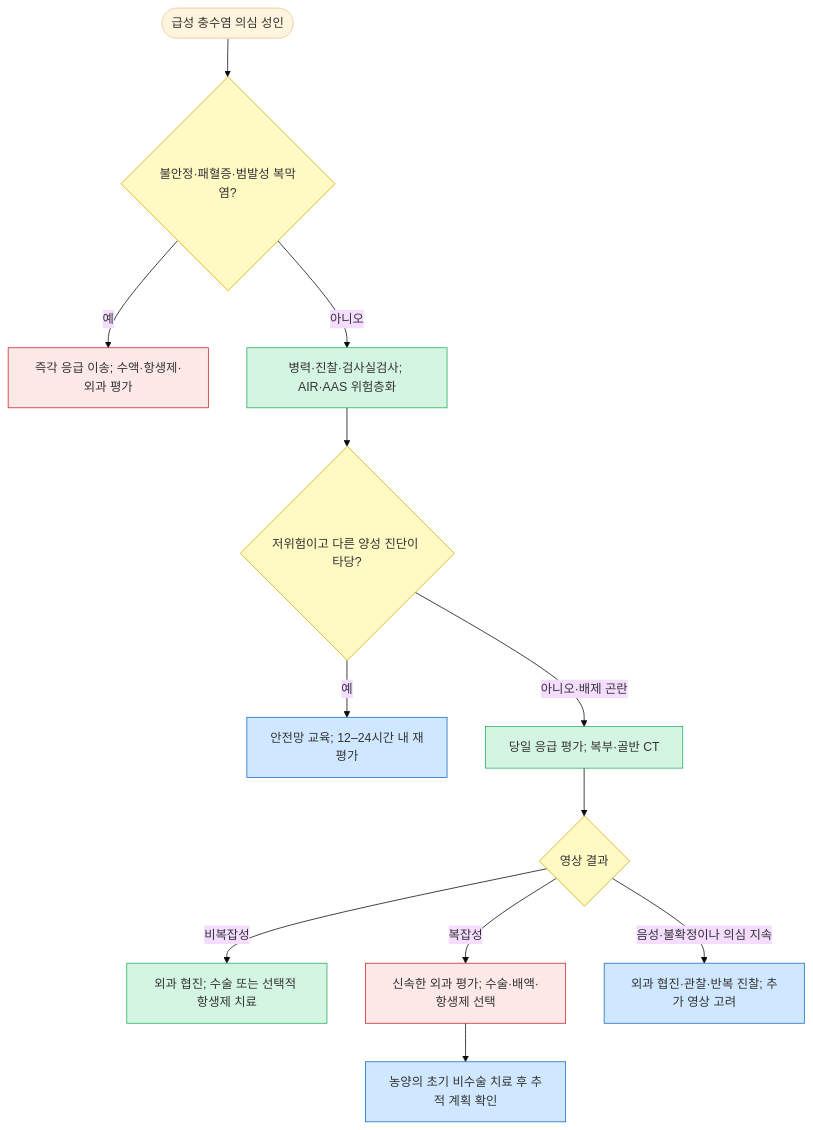
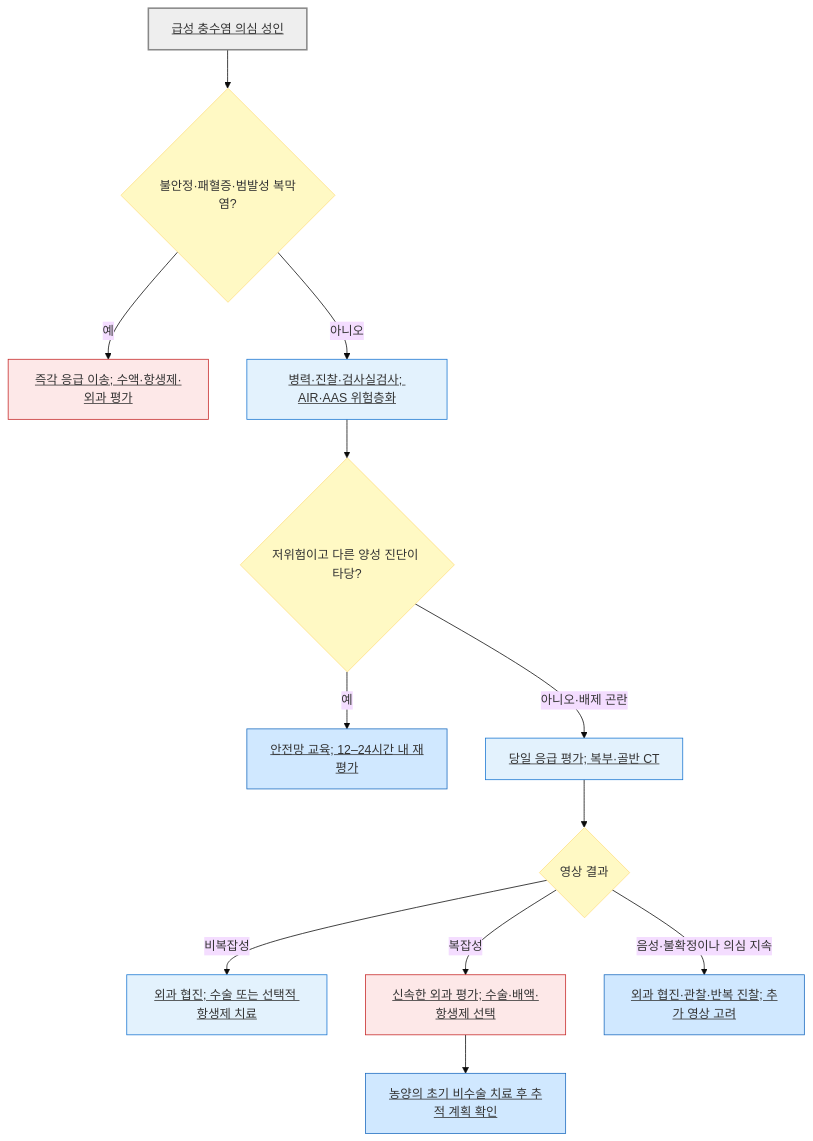
The diagram in 224_/088_-acute-appendicitis.md (familyoh77/familyoh77), drawn with Mermaid (base theme) before and after one commit. The commit also changed other lines of this file and 8 other files, not shown here.

````diff
--- a/224_/088_-acute-appendicitis.md
+++ b/224_/088_-acute-appendicitis.md
@@ -137,22 +137,23 @@
 ```mermaid
-graph TD
-    A(["급성 충수염 의심 성인"]) --> B{"불안정·패혈증·범발성 복막염?"}
-    B -- "예" --> C["즉각 응급 이송; 수액·항생제·외과 평가"]
-    B -- "아니오" --> D["병력·진찰·검사실검사; AIR·AAS 위험층화"]
+flowchart TD
+    A["<u>급성 충수염 의심 성인</u>"] --> B{"불안정·패혈증·범발성 복막염?"}
+    B -- "예" --> C["<u>즉각 응급 이송; 수액·항생제·외과 평가</u>"]
+    B -- "아니오" --> D["<u>병력·진찰·검사실검사; AIR·AAS 위험층화</u>"]
     D --> E{"저위험이고 다른 양성 진단이 타당?"}
-    E -- "예" --> F["안전망 교육; 12–24시간 내 재평가"]
-    E -- "아니오·배제 곤란" --> G["당일 응급 평가; 복부·골반 CT"]
+    E -- "예" --> F["<u>안전망 교육; 12–24시간 내 재평가</u>"]
+    E -- "아니오·배제 곤란" --> G["<u>당일 응급 평가; 복부·골반 CT</u>"]
     G --> H{"영상 결과"}
-    H -- "비복잡성" --> I["외과 협진; 수술 또는 선택적 항생제 치료"]
-    H -- "복잡성" --> J["신속한 외과 평가; 수술·배액·항생제 선택"]
-    H -- "음성·불확정이나 의심 지속" --> K["외과 협진·관찰·반복 진찰; 추가 영상 고려"]
-    J --> L["농양의 초기 비수술 치료 후 추적 계획 확인"]
+    H -- "비복잡성" --> I["<u>외과 협진; 수술 또는 선택적 항생제 치료</u>"]
+    H -- "복잡성" --> J["<u>신속한 외과 평가; 수술·배액·항생제 선택</u>"]
+    H -- "음성·불확정이나 의심 지속" --> K["<u>외과 협진·관찰·반복 진찰; 추가 영상 고려</u>"]
+    J --> L["<u>농양의 초기 비수술 치료 후 추적 계획 확인</u>"]
     classDef red fill:#fde8e8,stroke:#c62828
     class C,J red
-    classDef green fill:#d5f5e3,stroke:#27ae60
-    class D,G,I green
-    classDef yellow fill:#fff9c4,stroke:#d4a900
-    class B,E,H yellow
+    classDef treatment fill:#e3f2fd,stroke:#1976d2
+    class D,G,I treatment
+    classDef question fill:#fff9c4,stroke:#ffe082
+    class B,E,H question
     classDef blue fill:#d0e8ff,stroke:#1a6abf
     class F,K,L blue
+    style A fill:#eeeeee,stroke:#888888,stroke-width:2px
 ```
````
